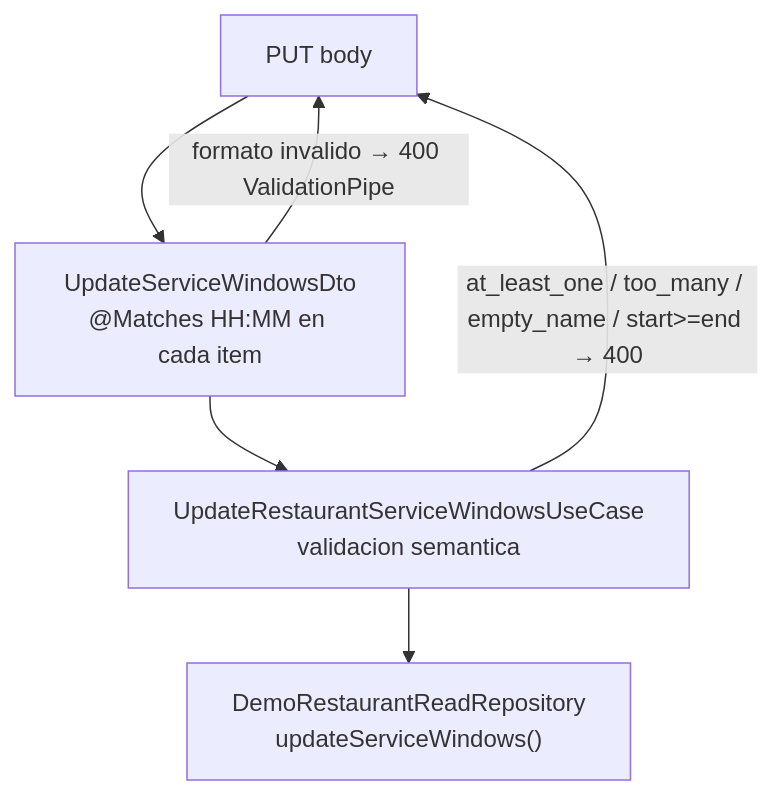
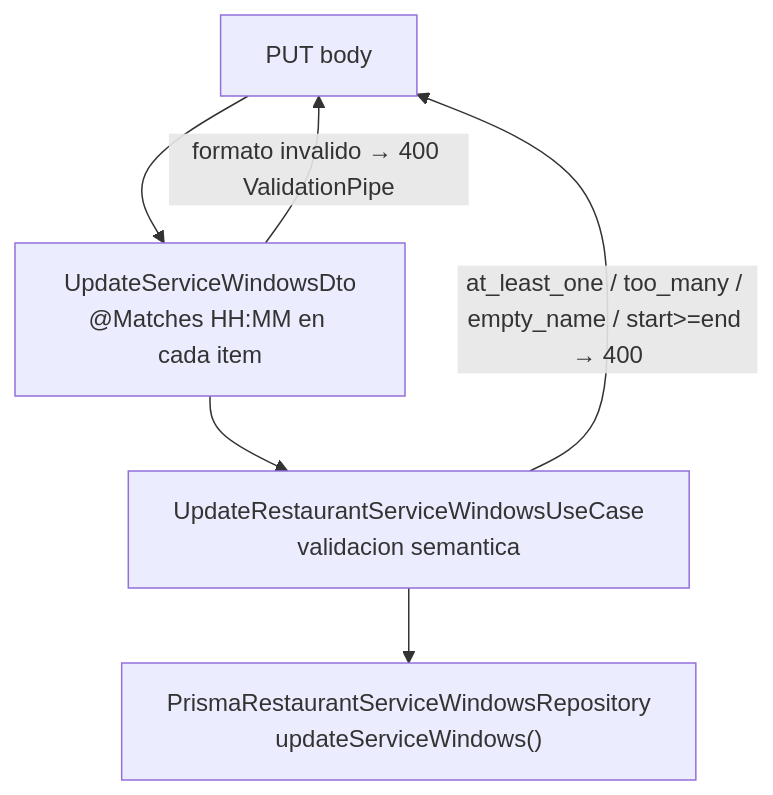
The third of 4 diagrams in backend/docs/service-windows-api.md (Programito/fullstack-architecture-lab), drawn with Mermaid before and after one commit. The commit also changed other lines of this file and 54 other files, not shown here.

````diff
--- a/backend/docs/service-windows-api.md
+++ b/backend/docs/service-windows-api.md
@@ -136,13 +168,13 @@
 ```mermaid
 flowchart TD
   HTTP["PUT body"]
   DTO["UpdateServiceWindowsDto\n@Matches HH:MM en cada item"]
   UC["UpdateRestaurantServiceWindowsUseCase\nvalidacion semantica"]
-  Repo["DemoRestaurantReadRepository\nupdateServiceWindows()"]
+  Repo["PrismaRestaurantServiceWindowsRepository\nupdateServiceWindows()"]
 
   HTTP --> DTO
   DTO -- "formato invalido → 400 ValidationPipe" --> HTTP
   DTO --> UC
   UC -- "at_least_one / too_many / empty_name / start>=end → 400" --> HTTP
   UC --> Repo
 ```
````
